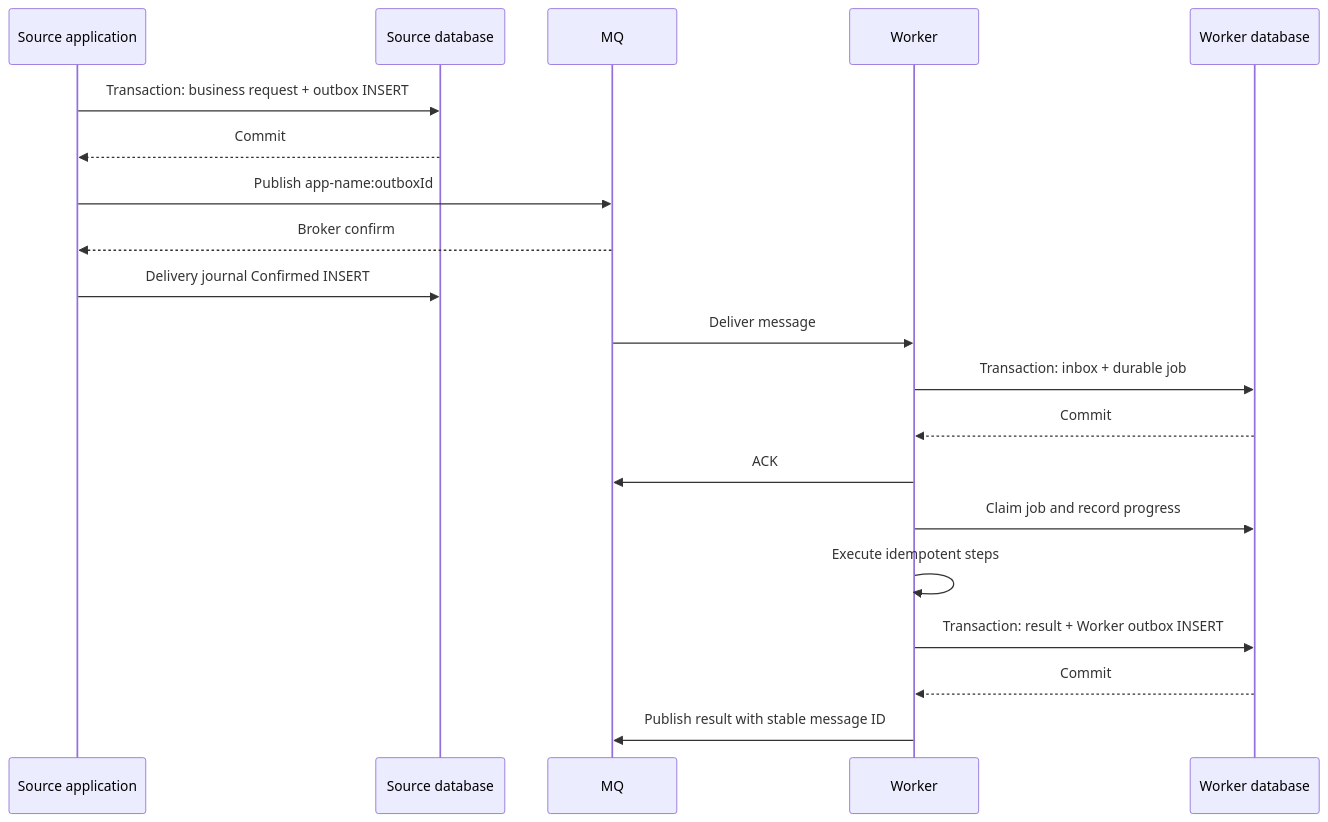
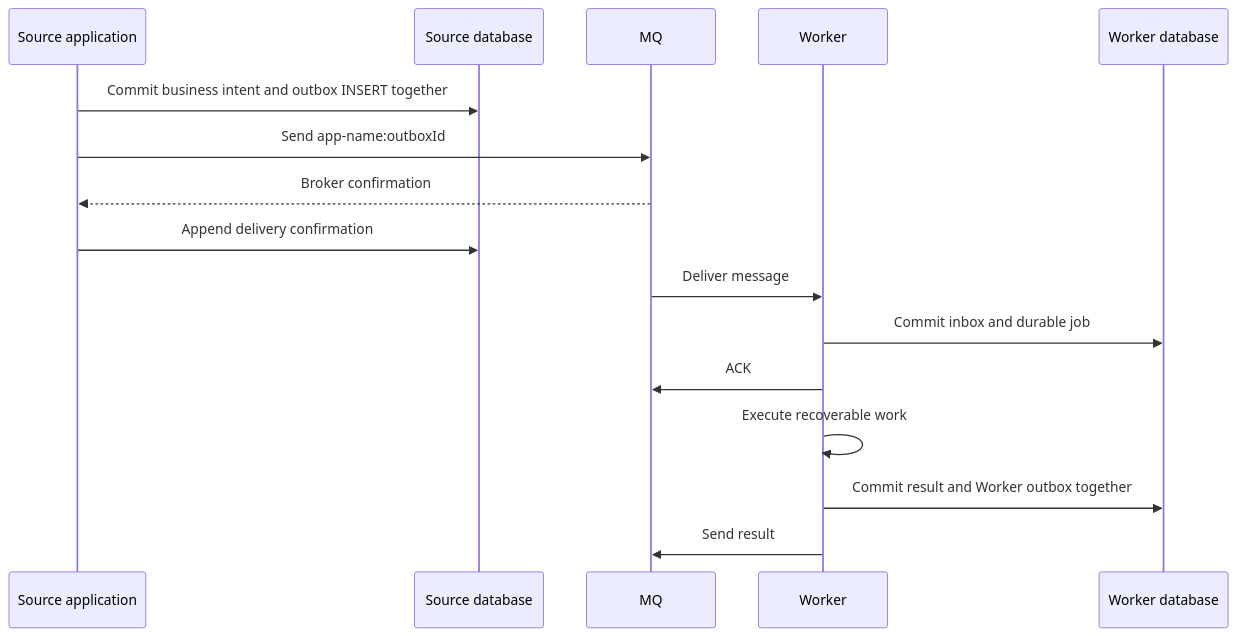
The third of 3 diagrams in ARCHITECTURE.md (yildizib/codomain), drawn with Mermaid before and after one commit. The commit also changed other lines of this file and 11 other files, not shown here.

````diff
--- a/ARCHITECTURE.md
+++ b/ARCHITECTURE.md
@@ -64,22 +110,18 @@
 ```mermaid
 sequenceDiagram
   participant App as Source application
   participant DB as Source database
   participant MQ as MQ
   participant W as Worker
   participant WD as Worker database
-  App->>DB: Transaction: business request + outbox INSERT
-  DB-->>App: Commit
-  App->>MQ: Publish app-name:outboxId
-  MQ-->>App: Broker confirm
-  App->>DB: Delivery journal Confirmed INSERT
+  App->>DB: Commit business intent and outbox INSERT together
+  App->>MQ: Send app-name:outboxId
+  MQ-->>App: Broker confirmation
+  App->>DB: Append delivery confirmation
   MQ->>W: Deliver message
-  W->>WD: Transaction: inbox + durable job
-  WD-->>W: Commit
+  W->>WD: Commit inbox and durable job
   W->>MQ: ACK
-  W->>WD: Claim job and record progress
-  W->>W: Execute idempotent steps
-  W->>WD: Transaction: result + Worker outbox INSERT
-  WD-->>W: Commit
-  W->>MQ: Publish result with stable message ID
+  W->>W: Execute recoverable work
+  W->>WD: Commit result and Worker outbox together
+  W->>MQ: Send result
 ```
````
